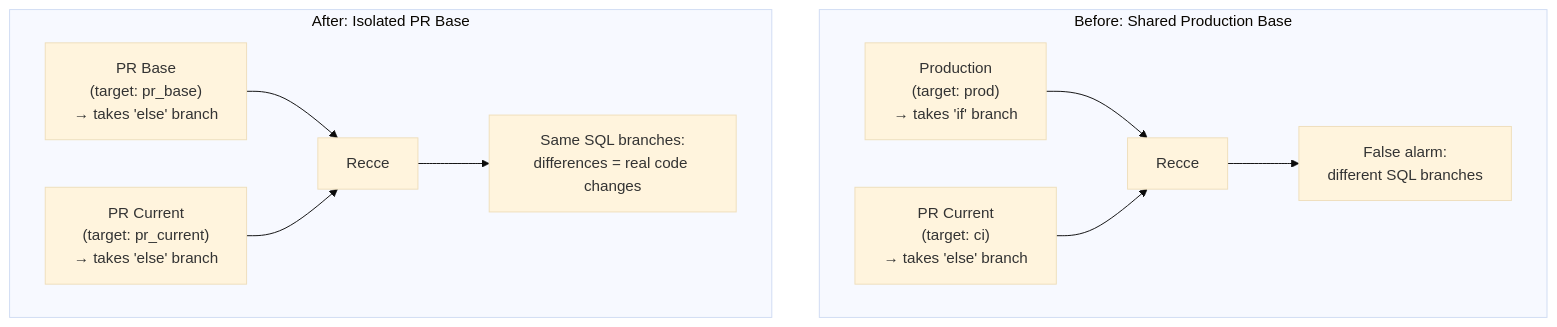
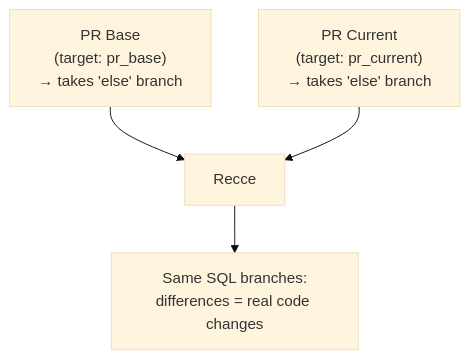
Before and after one commit to DataRecce/recce-docs: the second of 2 diagrams in docs/setup-guides/environment-advanced.md, drawn with Mermaid (base theme). The commit also changed other lines of this file and 1 other file, not shown here.

First line of the commit message:
docs: split mermaid diagrams, apply user edits

````diff
--- a/docs/setup-guides/environment-advanced.md
+++ b/docs/setup-guides/environment-advanced.md
@@ -77,13 +88,6 @@
 ```mermaid
 graph TD
-    subgraph before["Before: Shared Production Base"]
-        P1["Production<br/>(target: prod)<br/>→ takes 'if' branch"] --> R1["Recce"]
-        C1["PR Current<br/>(target: ci)<br/>→ takes 'else' branch"] --> R1
-        R1 --> FA["False alarm:<br/>different SQL branches"]
-    end
-    subgraph after["After: Isolated PR Base"]
-        P2["PR Base<br/>(target: pr_base)<br/>→ takes 'else' branch"] --> R2["Recce"]
-        C2["PR Current<br/>(target: pr_current)<br/>→ takes 'else' branch"] --> R2
-        R2 --> OK["Same SQL branches:<br/>differences = real code changes"]
-    end
+    P2["PR Base<br/>(target: pr_base)<br/>→ takes 'else' branch"] --> R2["Recce"]
+    C2["PR Current<br/>(target: pr_current)<br/>→ takes 'else' branch"] --> R2
+    R2 --> OK["Same SQL branches:<br/>differences = real code changes"]
 ```
````
